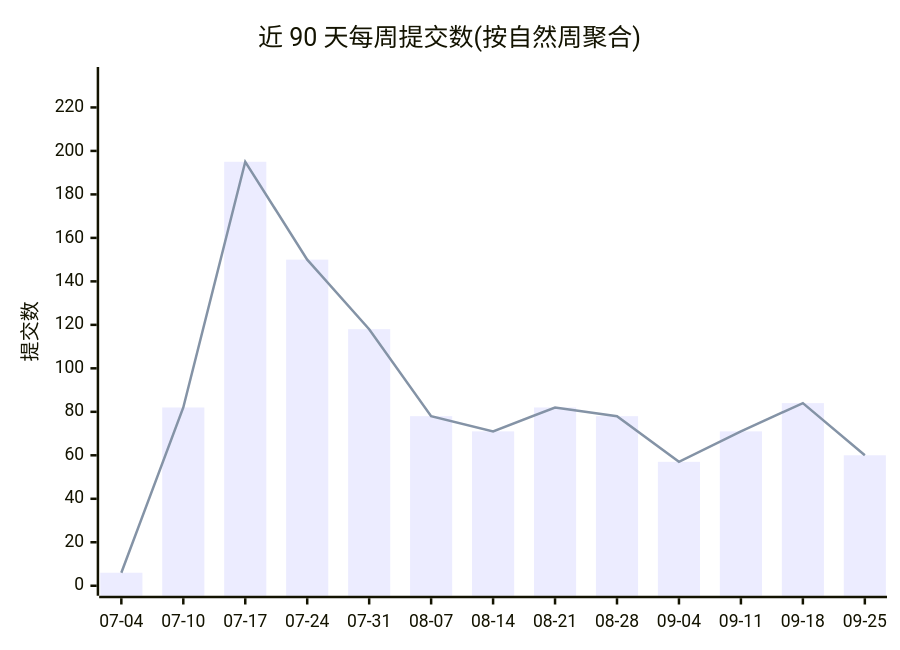
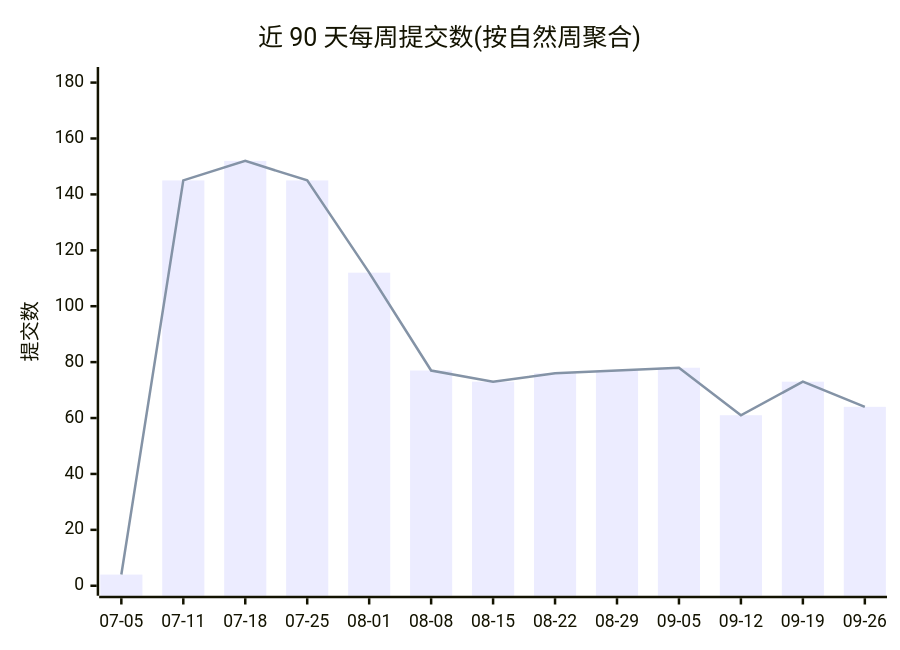
One commit to Conflux-Union/.github changed the first of 2 diagrams in profile/README.md. Above: the diagram before and after it, drawn with Mermaid. The commit also changed other lines of this file and 1 other file, not shown here.

````diff
--- a/profile/README.md
+++ b/profile/README.md
@@ -44,8 +44,8 @@
 ```mermaid
 xychart-beta
     title "近 90 天每周提交数(按自然周聚合)"
-    x-axis ["07-04", "07-10", "07-17", "07-24", "07-31", "08-07", "08-14", "08-21", "08-28", "09-04", "09-11", "09-18", "09-25"]
-    y-axis "提交数" 0 --> 234
-    bar [6, 82, 195, 150, 118, 78, 71, 82, 78, 57, 71, 84, 60]
-    line [6, 82, 195, 150, 118, 78, 71, 82, 78, 57, 71, 84, 60]
+    x-axis ["07-05", "07-11", "07-18", "07-25", "08-01", "08-08", "08-15", "08-22", "08-29", "09-05", "09-12", "09-19", "09-26"]
+    y-axis "提交数" 0 --> 182
+    bar [4, 145, 152, 145, 112, 77, 73, 76, 77, 78, 61, 73, 64]
+    line [4, 145, 152, 145, 112, 77, 73, 76, 77, 78, 61, 73, 64]
 ```
````
